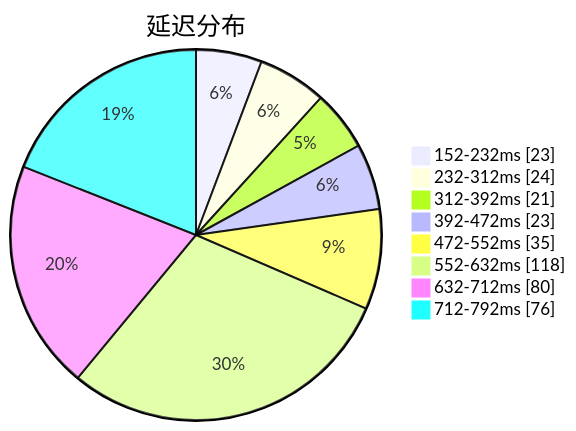
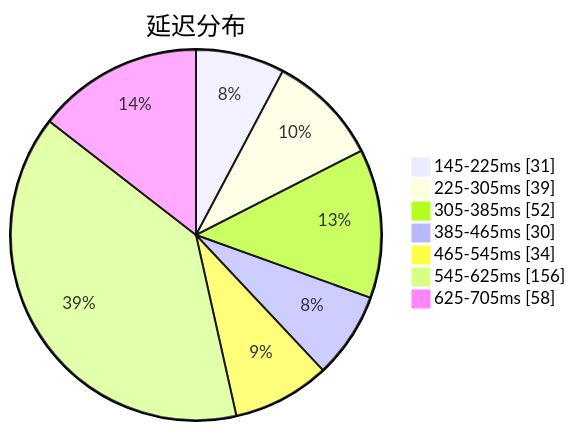
Before and after one commit to qjlxg/airport: the first of 3 diagrams in subs/statistics/tested_within.md, drawn with Mermaid. The commit also changed other lines of this file and 2 other files, not shown here.

Commit message:
Tested by metaST

````diff
--- a/subs/statistics/tested_within.md
+++ b/subs/statistics/tested_within.md
@@ -2,12 +2,11 @@
 ```mermaid
 pie showData
 title 延迟分布
-"152-232ms" : 23
-"232-312ms" : 24
-"312-392ms" : 21
-"392-472ms" : 23
-"472-552ms" : 35
-"552-632ms" : 118
-"632-712ms" : 80
-"712-792ms" : 76
+"145-225ms" : 31
+"225-305ms" : 39
+"305-385ms" : 52
+"385-465ms" : 30
+"465-545ms" : 34
+"545-625ms" : 156
+"625-705ms" : 58
 ```
````
